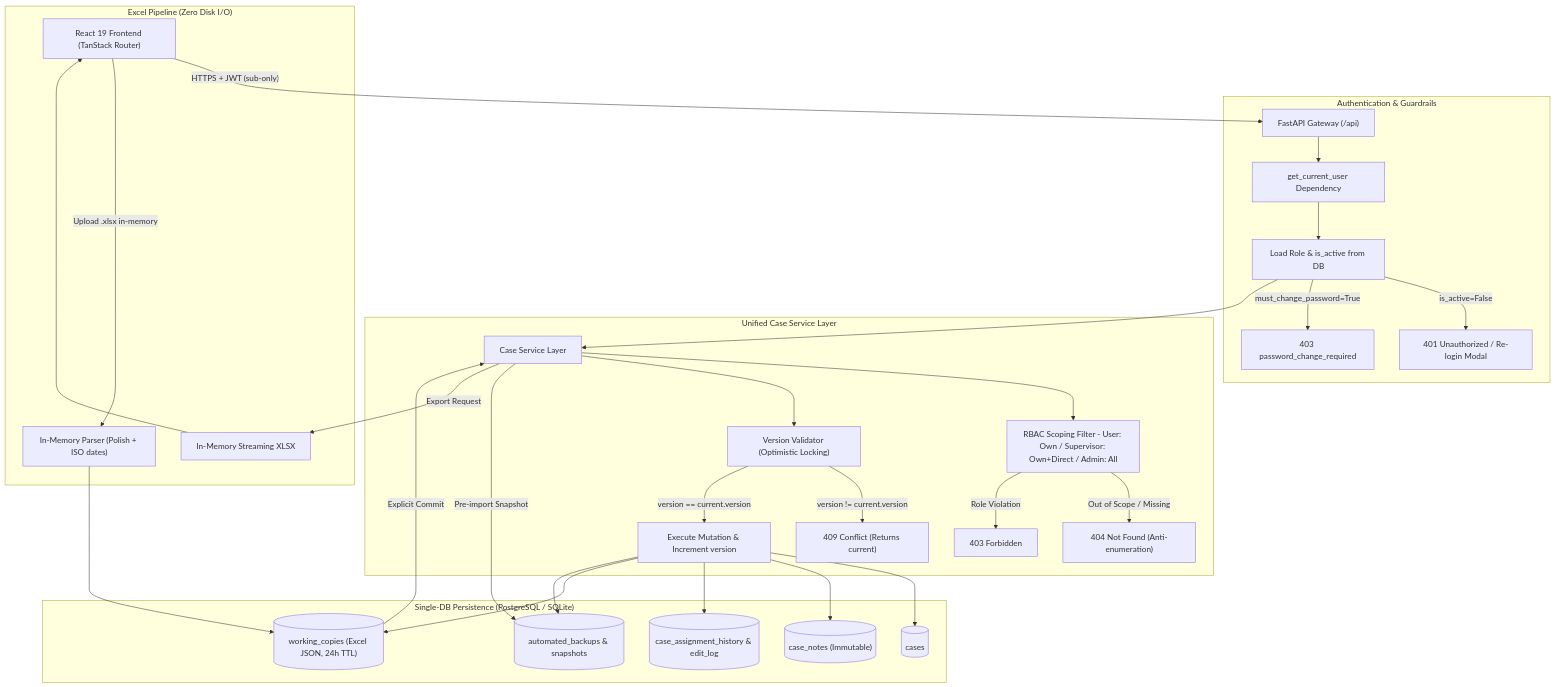
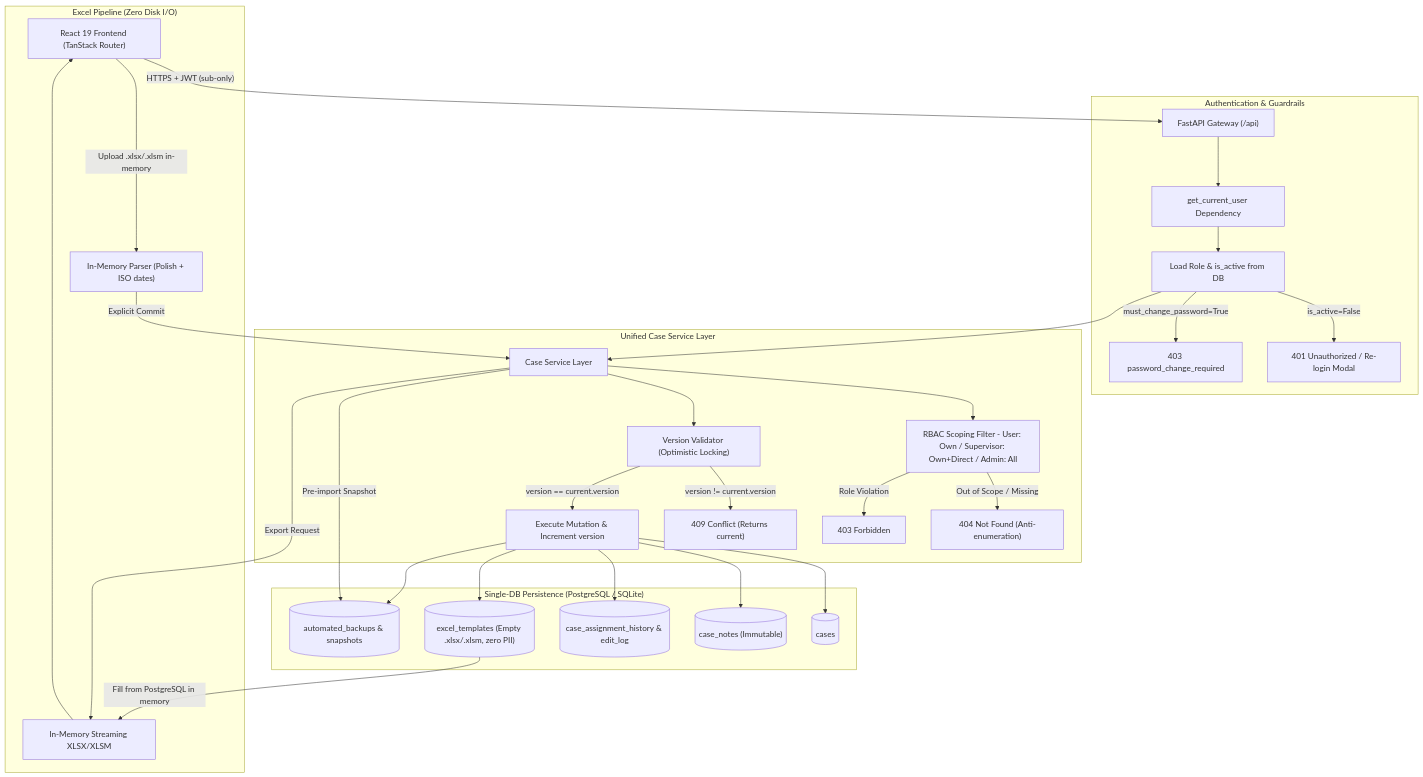
The diagram in specs/specs-harmonization/plan.md (Elektronsfinest/Malinois), drawn with Mermaid before and after one commit. The commit also changed other lines of this file and 15 other files, not shown here.

Commit message:
docs: replace working_copies with template-based Excel export and direct DB editing

````diff
--- a/specs/specs-harmonization/plan.md
+++ b/specs/specs-harmonization/plan.md
@@ -37,39 +37,39 @@
 ```mermaid
 flowchart TD
     Client["React 19 Frontend (TanStack Router)"] -->|"HTTPS + JWT (sub-only)"| APIGateway["FastAPI Gateway (/api)"]
     
     subgraph AuthSecurity ["Authentication & Guardrails"]
         APIGateway --> CurrentUser["get_current_user Dependency"]
         CurrentUser --> DBUser["Load Role & is_active from DB"]
         DBUser -->|"is_active=False"| Auth401["401 Unauthorized / Re-login Modal"]
         DBUser -->|"must_change_password=True"| PwdGate["403 password_change_required"]
     end
 
     subgraph ServiceLayer ["Unified Case Service Layer"]
         DBUser --> CaseService["Case Service Layer"]
         CaseService --> Scoping["RBAC Scoping Filter - User: Own / Supervisor: Own+Direct / Admin: All"]
         Scoping -->|"Out of Scope / Missing"| Res404["404 Not Found (Anti-enumeration)"]
         Scoping -->|"Role Violation"| Res403["403 Forbidden"]
         
         CaseService --> Concurrency["Version Validator (Optimistic Locking)"]
         Concurrency -->|"version != current.version"| Res409["409 Conflict (Returns current)"]
         Concurrency -->|"version == current.version"| Mutation["Execute Mutation & Increment version"]
     end
 
     subgraph Storage ["Single-DB Persistence (PostgreSQL / SQLite)"]
         Mutation --> CasesTable[("cases")]
         Mutation --> NotesTable[("case_notes (Immutable)")]
         Mutation --> HistoryTable[("case_assignment_history & edit_log")]
-        Mutation --> CopiesTable[("working_copies (Excel JSON, 24h TTL)")]
+        Mutation --> TemplatesTable[("excel_templates (Empty .xlsx/.xlsm, zero PII)")]
         Mutation --> BackupsTable[("automated_backups & snapshots")]
     end
 
     subgraph ExcelFlow ["Excel Pipeline (Zero Disk I/O)"]
-        Client -->|"Upload .xlsx in-memory"| ParseStream["In-Memory Parser (Polish + ISO dates)"]
-        ParseStream --> CopiesTable
-        CopiesTable -->|"Explicit Commit"| CaseService
+        Client -->|"Upload .xlsx/.xlsm in-memory"| ParseStream["In-Memory Parser (Polish + ISO dates)"]
+        ParseStream -->|"Explicit Commit"| CaseService
         CaseService -->|"Pre-import Snapshot"| BackupsTable
-        CaseService -->|"Export Request"| MemoryStream["In-Memory Streaming XLSX"]
+        TemplatesTable -->|"Fill from PostgreSQL in memory"| MemoryStream["In-Memory Streaming XLSX/XLSM"]
+        CaseService -->|"Export Request"| MemoryStream
         MemoryStream --> Client
     end
 ```
````
